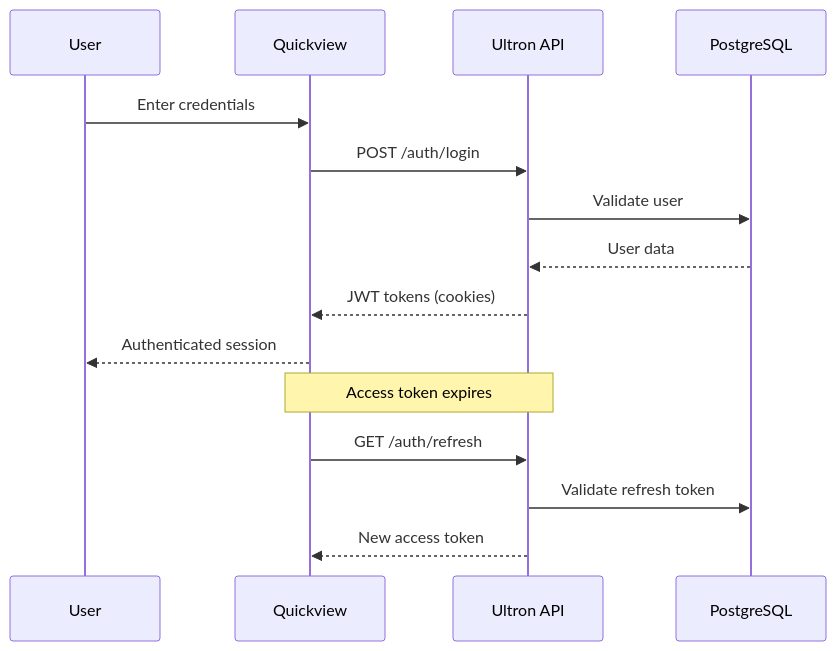
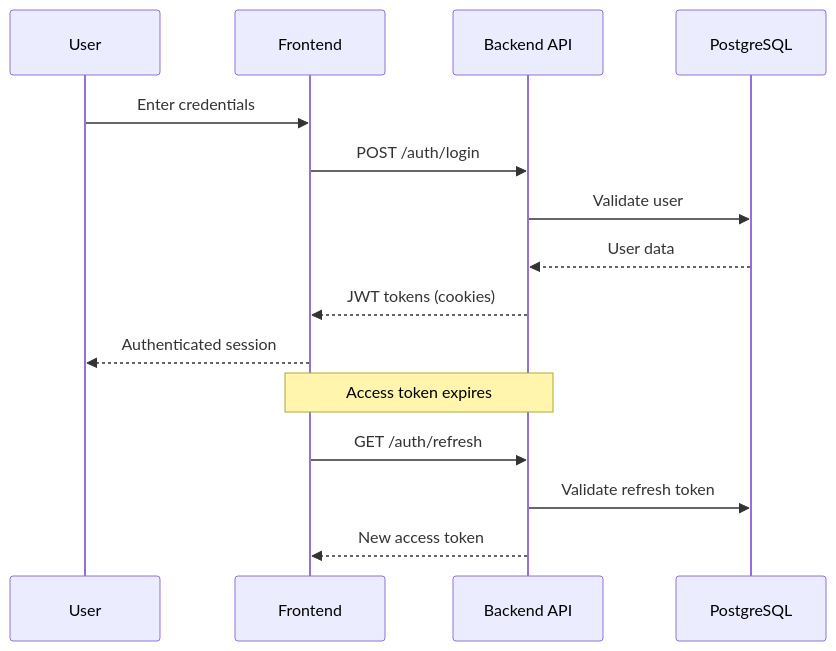
One commit to jmon14/texas changed the second of 3 diagrams in docs/architecture.md. Above: the diagram before and after it, drawn with Mermaid. The commit also changed other lines of this file and 266 other files, not shown here.

````diff
--- a/docs/architecture.md
+++ b/docs/architecture.md
@@ -118,19 +118,19 @@
 ```mermaid
 sequenceDiagram
     participant User as User
-    participant QV as Quickview
-    participant Ultron as Ultron API
+    participant FE as Frontend
+    participant BE as Backend API
     participant PG as PostgreSQL
 
-    User->>QV: Enter credentials
-    QV->>Ultron: POST /auth/login
-    Ultron->>PG: Validate user
-    PG-->>Ultron: User data
-    Ultron-->>QV: JWT tokens (cookies)
-    QV-->>User: Authenticated session
+    User->>FE: Enter credentials
+    FE->>BE: POST /auth/login
+    BE->>PG: Validate user
+    PG-->>BE: User data
+    BE-->>FE: JWT tokens (cookies)
+    FE-->>User: Authenticated session
 
-    Note over QV,Ultron: Access token expires
-    QV->>Ultron: GET /auth/refresh
-    Ultron->>PG: Validate refresh token
-    Ultron-->>QV: New access token
+    Note over FE,BE: Access token expires
+    FE->>BE: GET /auth/refresh
+    BE->>PG: Validate refresh token
+    BE-->>FE: New access token
 ```
````
